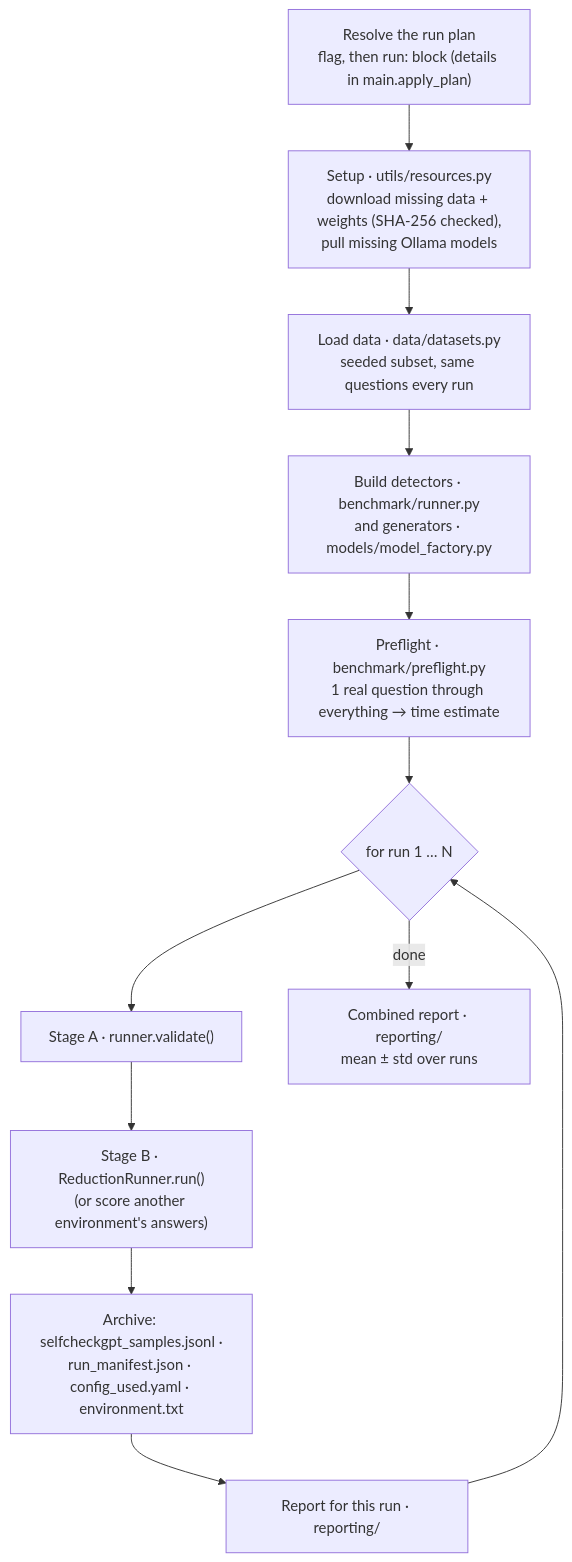
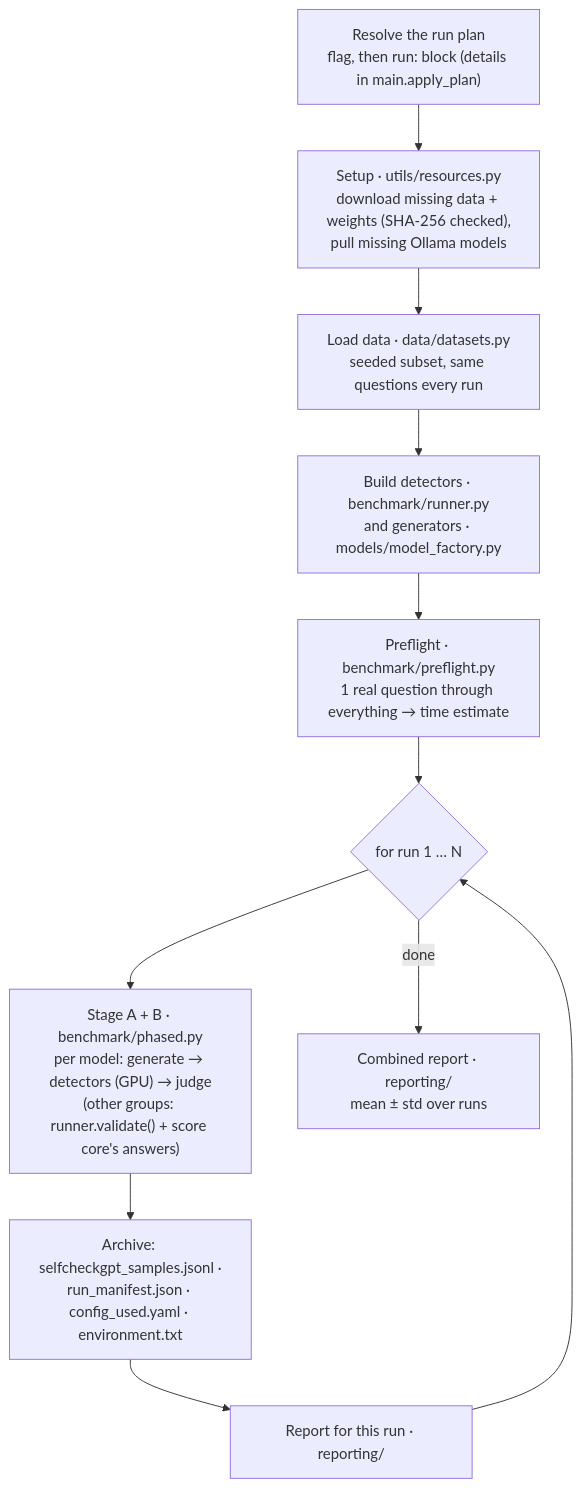
Before and after one commit to DharambirAgrawal/LLM-hallucination-Research: the third of 6 diagrams in docs/ARCHITECTURE.md, drawn with Mermaid. The commit also changed other lines of this file and 99 other files, not shown here.

````diff
--- a/docs/ARCHITECTURE.md
+++ b/docs/ARCHITECTURE.md
@@ -75,14 +75,13 @@
 ```mermaid
 flowchart TD
     a["Resolve the run plan<br/>flag, then run: block (details in main.apply_plan)"] --> b["Setup · utils/resources.py<br/>download missing data + weights (SHA-256 checked),<br/>pull missing Ollama models"]
     b --> c["Load data · data/datasets.py<br/>seeded subset, same questions every run"]
     c --> d["Build detectors · benchmark/runner.py<br/>and generators · models/model_factory.py"]
     d --> e["Preflight · benchmark/preflight.py<br/>1 real question through everything → time estimate"]
     e --> f{"for run 1 … N"}
-    f --> g["Stage A · runner.validate()"]
-    g --> h["Stage B · ReductionRunner.run()<br/>(or score another environment's answers)"]
-    h --> i["Archive: selfcheckgpt_samples.jsonl ·<br/>run_manifest.json · config_used.yaml · environment.txt"]
+    f --> g["Stage A + B · benchmark/phased.py<br/>per model: generate → detectors (GPU) → judge<br/>(other groups: runner.validate() + score core's answers)"]
+    g --> i["Archive: selfcheckgpt_samples.jsonl ·<br/>run_manifest.json · config_used.yaml · environment.txt"]
     i --> j["Report for this run · reporting/"]
     j --> f
     f -->|done| k["Combined report · reporting/<br/>mean ± std over runs"]
 ```
````
